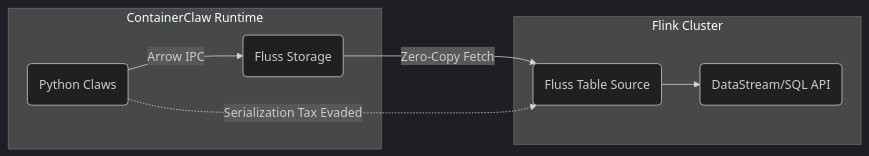
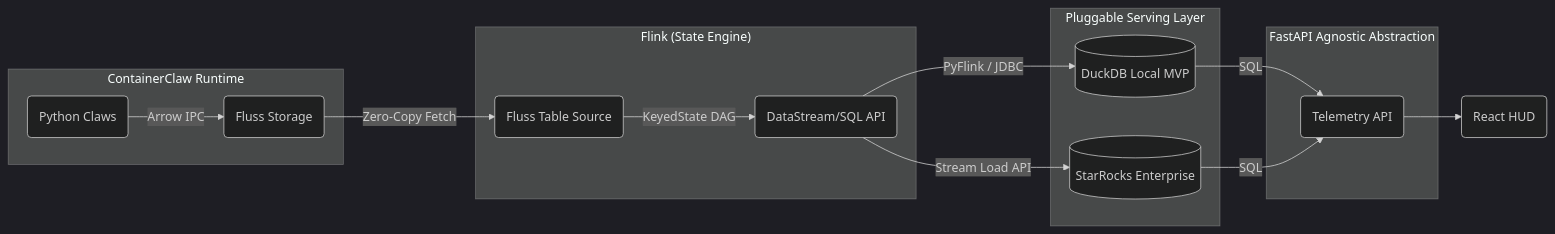
The first of 2 diagrams in docs/draft_pt19_solution_proposal.md (qzyu999/ContainerClaw), drawn with Mermaid (dark theme) before and after one commit. The commit also changed other lines of this file, not shown here.

Commit message:
docs: Update for local DuckDB version first

````diff
--- a/docs/draft_pt19_solution_proposal.md
+++ b/docs/draft_pt19_solution_proposal.md
@@ -71,11 +33,19 @@
 ```mermaid
 graph LR
     subgraph "ContainerClaw Runtime"
         Agent(Python Claws) -->|Arrow IPC| Fluss(Fluss Storage)
     end
-    subgraph "Flink Cluster"
+    subgraph "Flink (State Engine)"
         Fluss -->|Zero-Copy Fetch| TableAPI(Fluss Table Source)
-        TableAPI --> DataStream(DataStream/SQL API)
+        TableAPI -->|KeyedState DAG| Pipeline(DataStream/SQL API)
     end
-    Agent -. "Serialization Tax Evaded" .-> TableAPI
+    subgraph "Pluggable Serving Layer"
+        Pipeline -->|PyFlink / JDBC| DuckDB[(DuckDB Local MVP)]
+        Pipeline -->|Stream Load API| StarRocks[(StarRocks Enterprise)]
+    end
+    subgraph "FastAPI Agnostic Abstraction"
+        DuckDB -->|SQL| API(Telemetry API)
+        StarRocks -->|SQL| API
+    end
+    API --> UI(React HUD)
 ```
````
